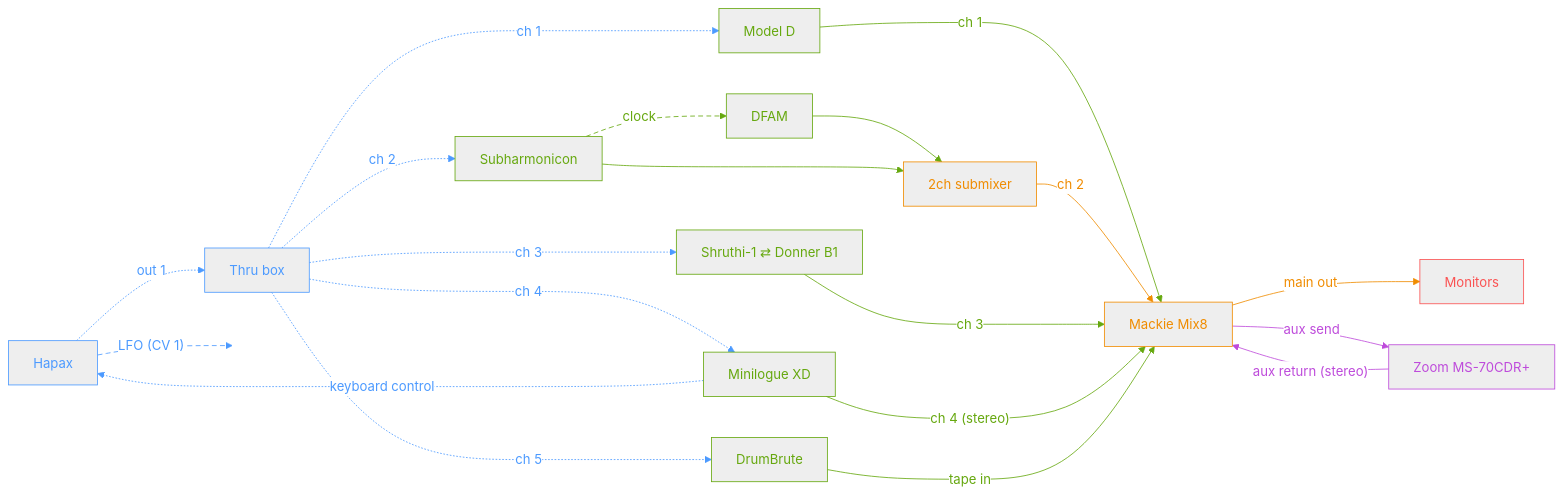
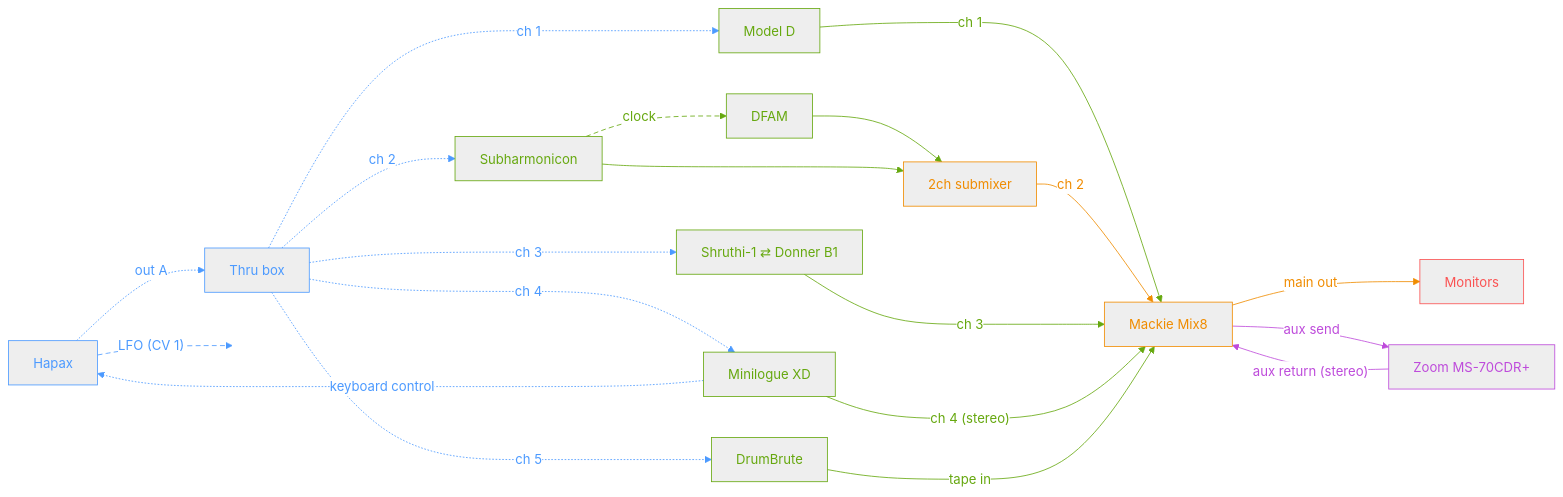
The diagram in README.md (saponace/synth-setup), drawn with Mermaid before and after one commit. The commit also changed 5 other files, not shown here.

````diff
--- a/README.md
+++ b/README.md
@@ -1,78 +1,78 @@
 ```mermaid
 ---
 config:
   theme: neutral
 ---
 flowchart LR
     %% ----- One color per logical section; line style = signal type -----
     classDef sequencer stroke:#4c9aff,color:#4c9aff
     classDef sequencerCV stroke:#4c9aff,color:#4c9aff,stroke-dasharray: 6 4
     classDef synths stroke:#66a80f,color:#66a80f
     classDef synthsCV stroke:#66a80f,color:#66a80f,stroke-dasharray: 6 4
     classDef mixer stroke:#f08c00,color:#f08c00
     classDef fx stroke:#be4bdb,color:#be4bdb
     classDef monitoring stroke:#fa5252,color:#fa5252
 
     %% ===== Sequencer brain =====
     HAPAX["Hapax"]:::sequencer
     SPLIT["Thru box"]:::sequencer
     SPARECV[" "]
     style SPARECV fill:none,stroke:none
 
     %% ===== Synths =====
     MODELD["Model D"]:::synths
     SUBH["Subharmonicon"]:::synths
     SWAP["Shruthi-1 ⇄ Donner B1"]:::synths
     XD["Minilogue XD"]:::synths
     DBI["DrumBrute"]:::synths
     DFAM["DFAM"]:::synths
 
     %% ===== Mixer / send  =====
     SUBMIX["2ch submixer"]:::mixer
     MIX["Mackie Mix8"]:::mixer
     MON["Monitors"]:::monitoring
     ZOOM["Zoom MS-70CDR+"]:::fx
 
     %% ----- MIDI links (dotted) -----
-    HAPAX midi0@-. "out 1" .-> SPLIT
+    HAPAX midi0@-. "out A" .-> SPLIT
     SPLIT midi1@-. "ch 1" .-> MODELD
     SPLIT midi5@-. "ch 2" .-> SUBH
     SPLIT midi3@-. "ch 3" .-> SWAP
     SPLIT midi4@-. "ch 4" .-> XD
     SPLIT midi2@-. "ch 5" .-> DBI
     XD midi6@-. "keyboard control" .-> HAPAX
     class midi0,midi1,midi2,midi3,midi4,midi5,midi6 sequencer
 
     %% ----- CV/Gate/Clock links (dashed) -----
     HAPAX cv1@-- "LFO (CV 1)" --> SPARECV
     class cv1 sequencerCV
 
     SUBH clk1@-- "clock" --> DFAM
     class clk1 synthsCV
 
     %% ----- Audio links (solid) -----
     %% (the ~~~ invisible links anchor each direct-to-mixer synth to
     %% the submixer's rank/column, keeping all six synths aligned since
     %% DFAM/Subharmonicon's longer path via the submixer would otherwise
     %% pull Mackie Mix8 further out and split the column)
     MODELD ~~~ SUBMIX
     DFAM audio1@--> SUBMIX
     MODELD audio3@-- "ch 1" --> MIX
     SUBH audio2@--> SUBMIX
     SUBMIX audio4@-- "ch 2" --> MIX
     SWAP audio5@-- "ch 3" --> MIX
     XD audio6@-- "ch 4 (stereo)" --> MIX
     DBI audio7@-- "tape in" --> MIX
     SWAP ~~~ SUBMIX
     XD ~~~ SUBMIX
     DBI ~~~ SUBMIX
     class audio1,audio2,audio3,audio5,audio6,audio7 synths
     class audio4 mixer
 
     MIX out@-- "main out" --> MON
     class out mixer
 
     MIX fxSend@-- "aux send" --> ZOOM
     ZOOM fxReturn@-- "aux return (stereo)" --> MIX
     class fxSend,fxReturn fx
 ```
````
